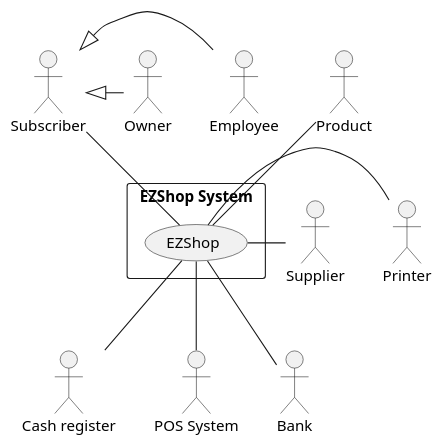
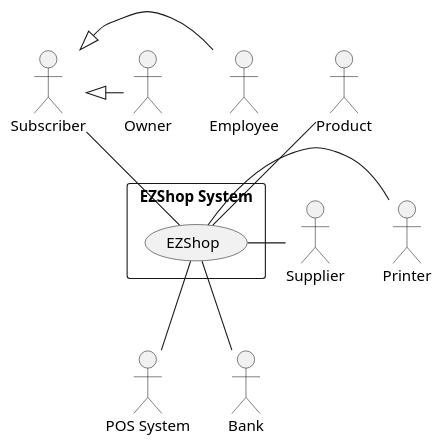
One commit to nicolabattaglino/ezshop changed the first of 7 diagrams in Deliverables/RequirementsDocument.md. Above: the diagram before and after it, drawn with PlantUML.

Commit message:
contex diagrma fix

````diff
--- a/Deliverables/RequirementsDocument.md
+++ b/Deliverables/RequirementsDocument.md
@@ -59,31 +59,29 @@
 ```plantuml
 @startuml
 
 
 actor Printer 
 actor Owner
-actor :Cash register: as cashRegister
 actor Product
 actor Subscriber
 actor Employee
 actor :POS System: as POSSystem
 actor :Supplier: as supplier
 actor Bank
 
 rectangle "EZShop System" as EZShopSystem{
 (EZShop)
 }
 Subscriber <|- Employee
 Subscriber <|- Owner
 Product -- EZShop
 EZShop -- POSSystem
 EZShop - supplier
 EZShop -- Bank
 Subscriber -- EZShop
-EZShop -- cashRegister
 EZShop - Printer
 
 
 
 @enduml
 ```
````
